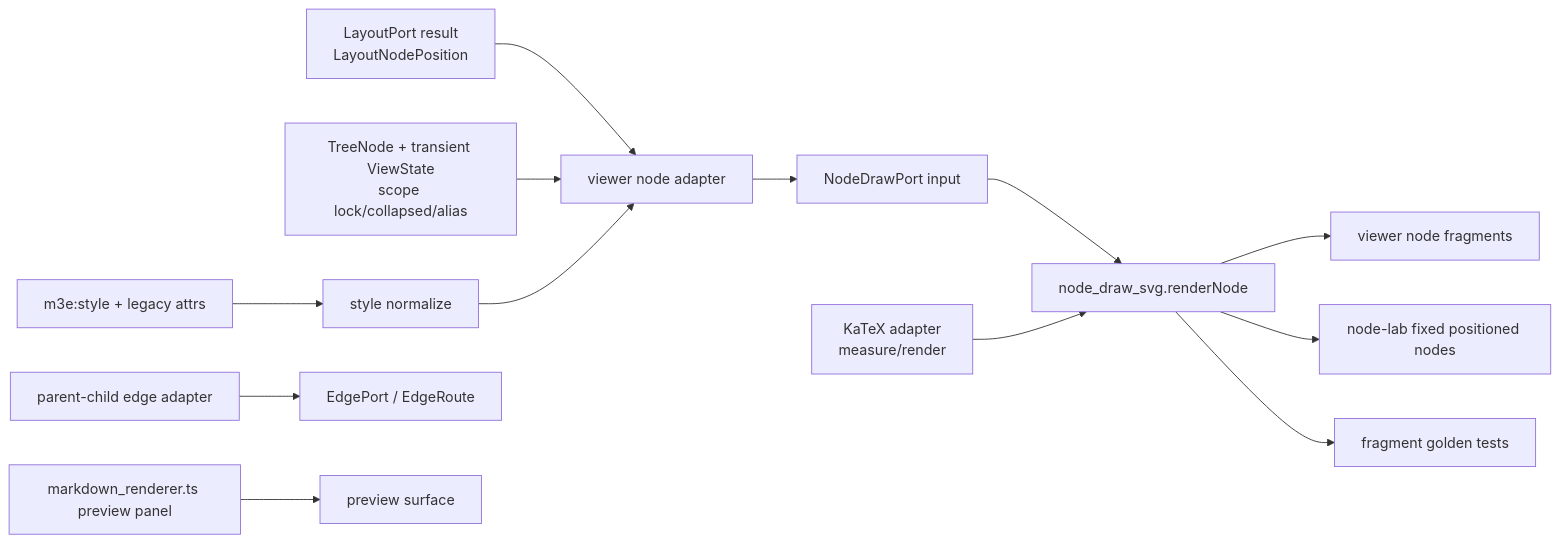
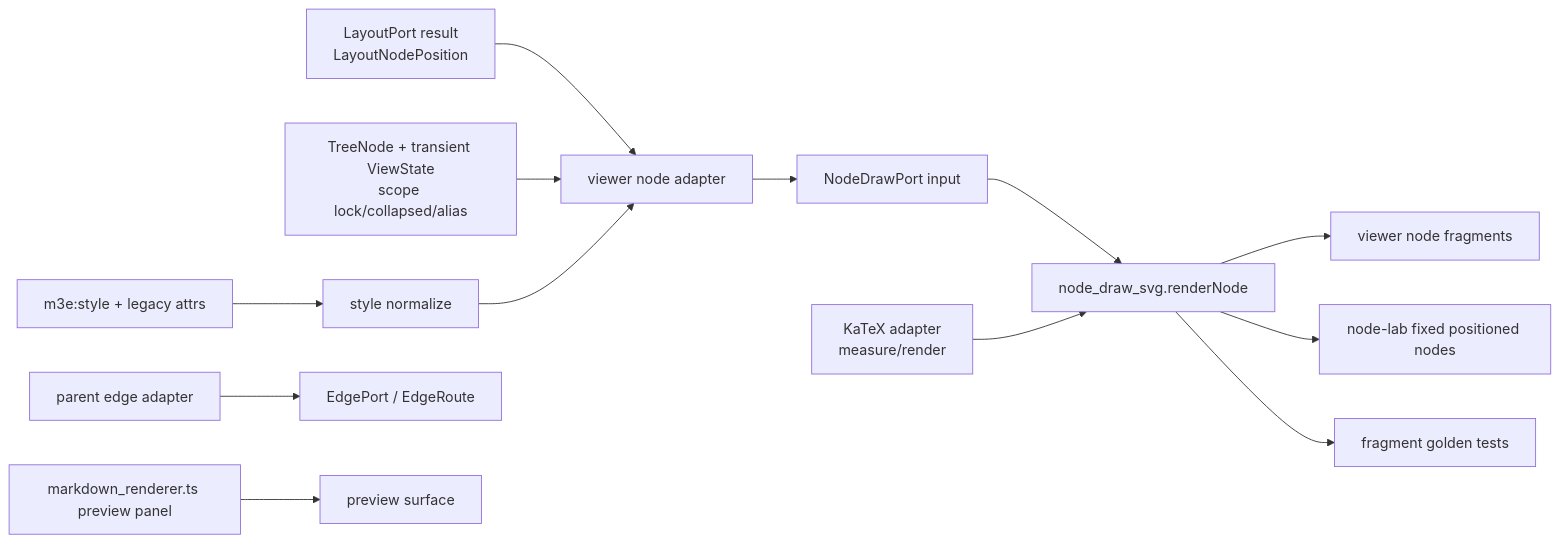
One commit to akaghef/M3E changed the diagram in .kiro/specs/node-draw-seam/design.md. Above: the diagram before and after it, drawn with Mermaid. The commit also changed other lines of this file and 162 other files, not shown here.

Commit message:
Use edge as the general term for lines, parent edge for parent-to-child lines and relation edge for lines outside the tree, across documents, skills and MCP descriptions.

````diff
--- a/.kiro/specs/node-draw-seam/design.md
+++ b/.kiro/specs/node-draw-seam/design.md
@@ -146,15 +146,15 @@
 ```mermaid
 flowchart LR
   Layout["LayoutPort result<br/>LayoutNodePosition"] --> Adapter["viewer node adapter"]
   State["TreeNode + transient ViewState<br/>scope lock/collapsed/alias"] --> Adapter
   Style["m3e:style + legacy attrs"] --> Normalize["style normalize"]
   Normalize --> Adapter
   Adapter --> Port["NodeDrawPort input"]
   Port --> Svg["node_draw_svg.renderNode"]
   Latex["KaTeX adapter<br/>measure/render"] --> Svg
   Svg --> Product["viewer node fragments"]
   Svg --> Lab["node-lab fixed positioned nodes"]
   Svg --> Golden["fragment golden tests"]
-  Edge["parent-child edge adapter"] --> EdgePort["EdgePort / EdgeRoute"]
+  Edge["parent edge adapter"] --> EdgePort["EdgePort / EdgeRoute"]
   Markdown["markdown_renderer.ts preview panel"] --> Preview["preview surface"]
 ```
````
